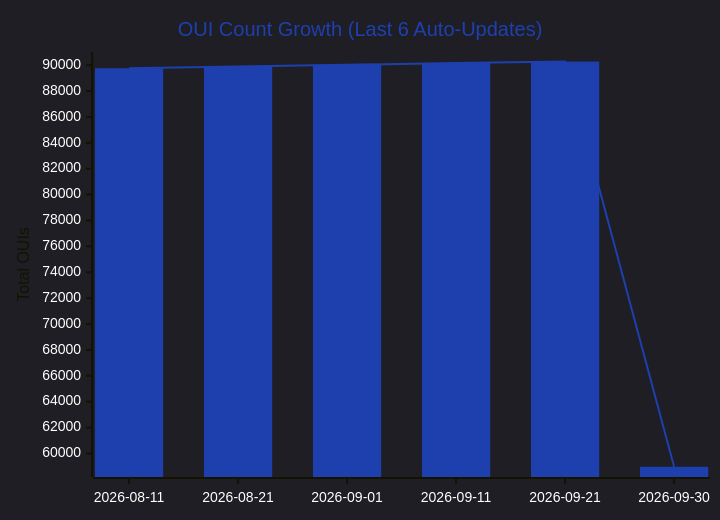
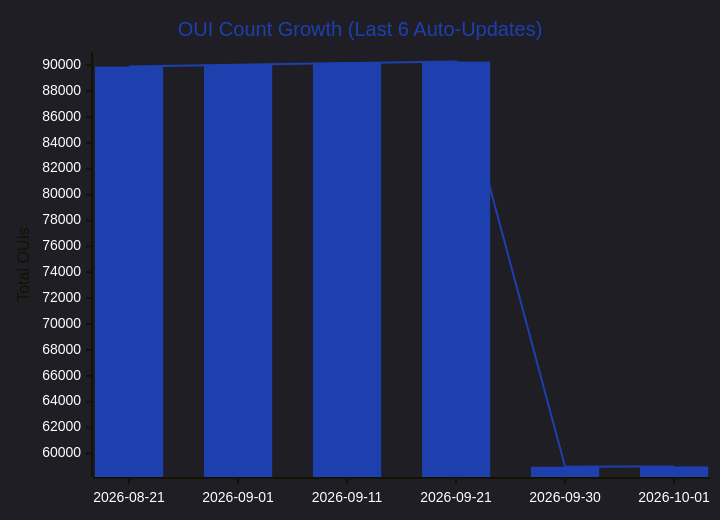
One commit to zqf20096327/dbhub_collect changed the first of 5 diagrams in data/readmes/Ringmast4r__OUI-Master-Database.md. Above: the diagram before and after it, drawn with Mermaid. The commit also changed other lines of this file and 402 other files, not shown here.

````diff
--- a/data/readmes/Ringmast4r__OUI-Master-Database.md
+++ b/data/readmes/Ringmast4r__OUI-Master-Database.md
@@ -75,9 +75,9 @@
 ```mermaid
 %%{init: {'theme':'dark', 'themeVariables': {'xyChart': {'backgroundColor':'#00000000','plotColorPalette':'#1E40AF','titleColor':'#1E40AF','xAxisLabelColor':'#ffffff','yAxisLabelColor':'#ffffff'}}}}%%
 xychart-beta
     title "OUI Count Growth (Last 6 Auto-Updates)"
-    x-axis ["2026-08-11", "2026-08-21", "2026-09-01", "2026-09-11", "2026-09-21", "2026-09-30"]
+    x-axis ["2026-08-21", "2026-09-01", "2026-09-11", "2026-09-21", "2026-09-30", "2026-10-01"]
     y-axis "Total OUIs" 58800 --> 90400
-    bar [89759, 89890, 90028, 90168, 90281, 58972]
-    line [89759, 89890, 90028, 90168, 90281, 58972]
+    bar [89890, 90028, 90168, 90281, 58972, 58997]
+    line [89890, 90028, 90168, 90281, 58972, 58997]
 ```
````
